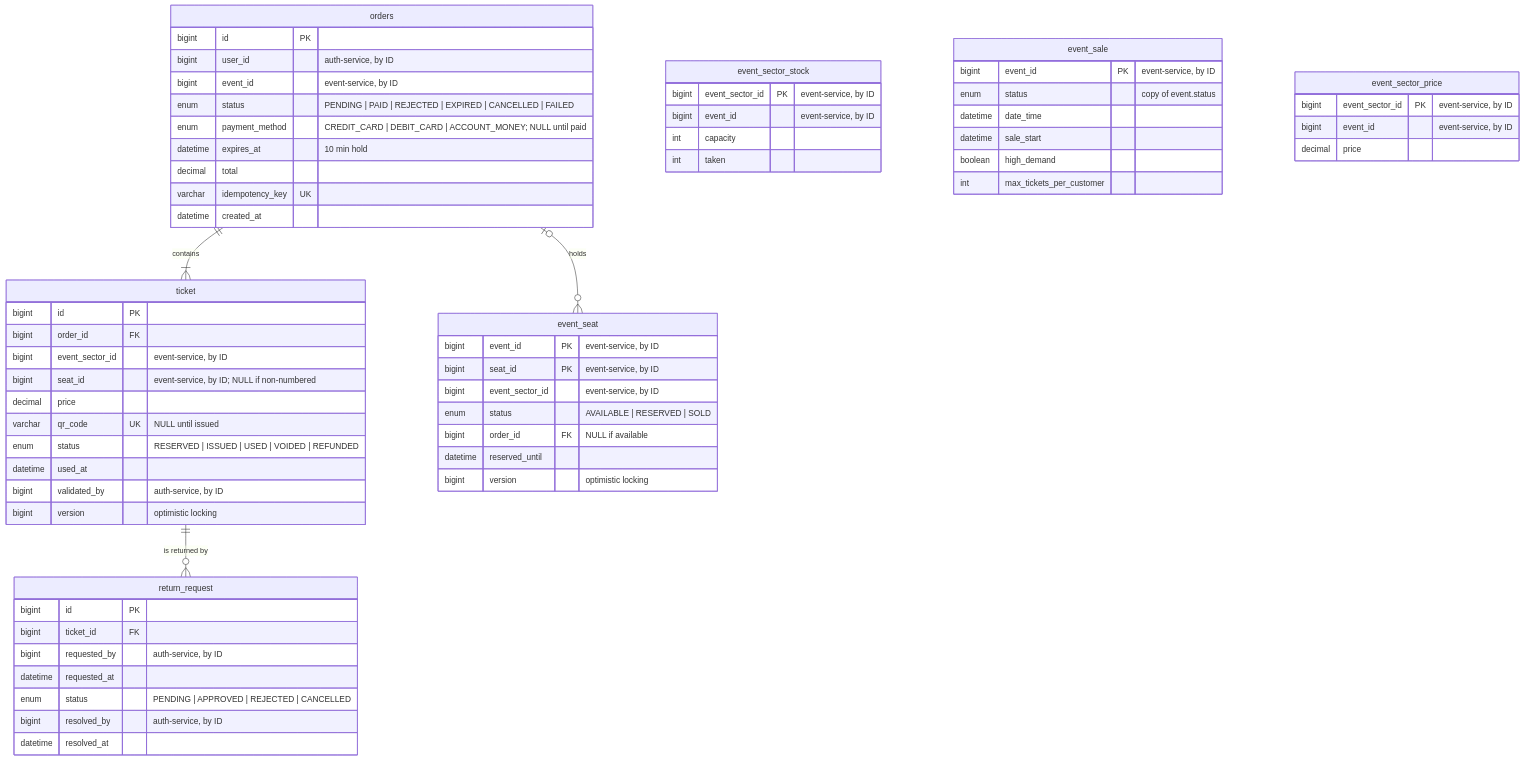
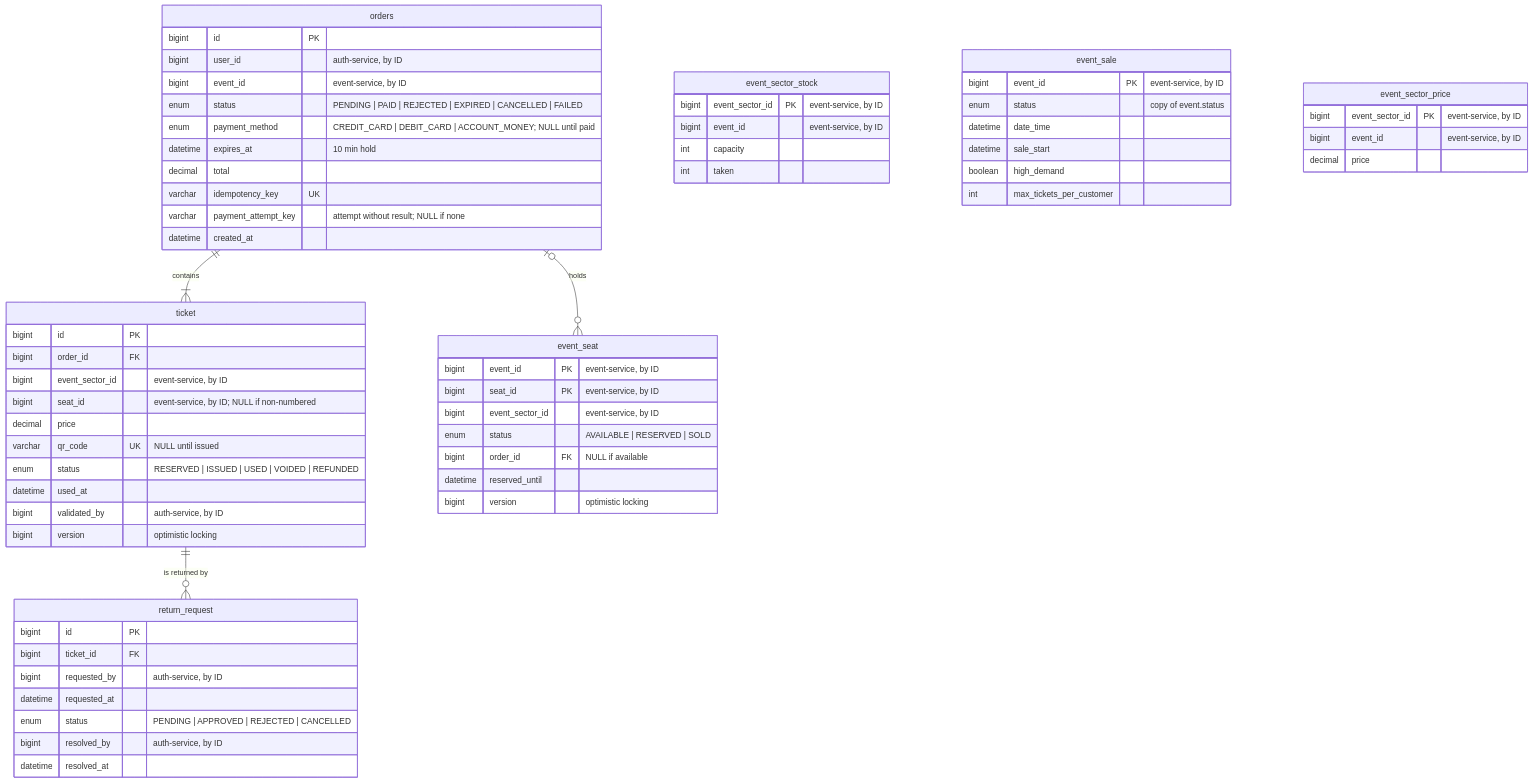
Before and after one commit to joaquinblock/TicketYa: the diagram in docs/architecture/ticket-service.md, drawn with Mermaid. The commit also changed other lines of this file and 1 other file, not shown here.

First line of the commit message:
docs: define payment attempts and ticket-payment contract

````diff
--- a/docs/architecture/ticket-service.md
+++ b/docs/architecture/ticket-service.md
@@ -9,67 +9,68 @@
 ```mermaid
 erDiagram
     orders ||--|{ ticket : "contains"
     orders |o--o{ event_seat : "holds"
     ticket ||--o{ return_request : "is returned by"
 
     orders {
         bigint id PK
         bigint user_id "auth-service, by ID"
         bigint event_id "event-service, by ID"
         enum status "PENDING | PAID | REJECTED | EXPIRED | CANCELLED | FAILED"
         enum payment_method "CREDIT_CARD | DEBIT_CARD | ACCOUNT_MONEY; NULL until paid"
         datetime expires_at "10 min hold"
         decimal total
         varchar idempotency_key UK
+        varchar payment_attempt_key "attempt without result; NULL if none"
         datetime created_at
     }
     event_seat {
         bigint event_id PK "event-service, by ID"
         bigint seat_id PK "event-service, by ID"
         bigint event_sector_id "event-service, by ID"
         enum status "AVAILABLE | RESERVED | SOLD"
         bigint order_id FK "NULL if available"
         datetime reserved_until
         bigint version "optimistic locking"
     }
     event_sector_stock {
         bigint event_sector_id PK "event-service, by ID"
         bigint event_id "event-service, by ID"
         int capacity
         int taken
     }
     event_sale {
         bigint event_id PK "event-service, by ID"
         enum status "copy of event.status"
         datetime date_time
         datetime sale_start
         boolean high_demand
         int max_tickets_per_customer
     }
     event_sector_price {
         bigint event_sector_id PK "event-service, by ID"
         bigint event_id "event-service, by ID"
         decimal price
     }
     ticket {
         bigint id PK
         bigint order_id FK
         bigint event_sector_id "event-service, by ID"
         bigint seat_id "event-service, by ID; NULL if non-numbered"
         decimal price
         varchar qr_code UK "NULL until issued"
         enum status "RESERVED | ISSUED | USED | VOIDED | REFUNDED"
         datetime used_at
         bigint validated_by "auth-service, by ID"
         bigint version "optimistic locking"
     }
     return_request {
         bigint id PK
         bigint ticket_id FK
         bigint requested_by "auth-service, by ID"
         datetime requested_at
         enum status "PENDING | APPROVED | REJECTED | CANCELLED"
         bigint resolved_by "auth-service, by ID"
         datetime resolved_at
     }
 ```
````
